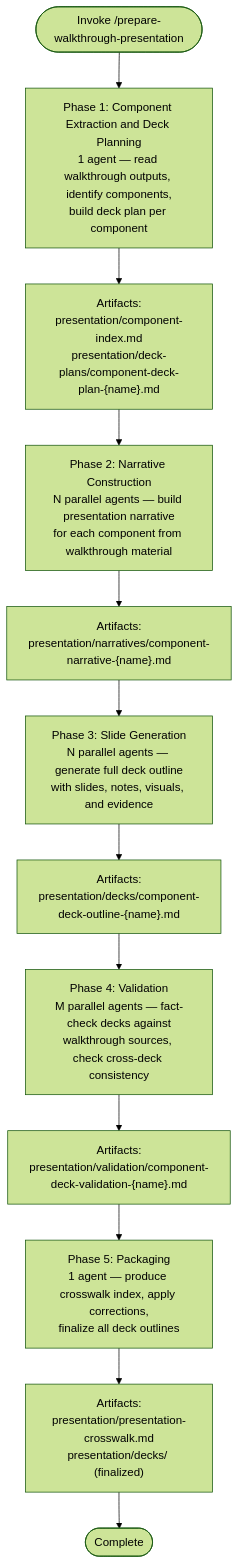
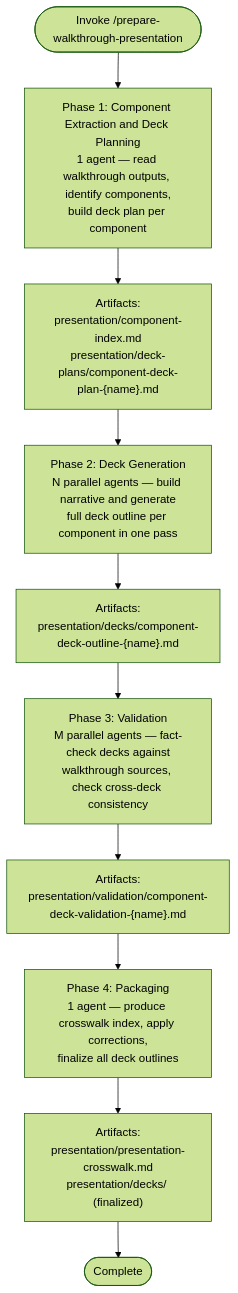
One commit to Jamie-BitFlight/claude_skills changed the diagram in .claude/skills/prepare-walkthrough-presentation/SKILL.md. Above: the diagram before and after it, drawn with Mermaid (forest theme). The commit also changed other lines of this file and 4 other files, not shown here.

First line of the commit message:
fix(skills): apply simplify review fixes to walkthrough skills

````diff
--- a/.claude/skills/prepare-walkthrough-presentation/SKILL.md
+++ b/.claude/skills/prepare-walkthrough-presentation/SKILL.md
@@ -17,14 +17,12 @@
 ```mermaid
 flowchart TD
     Start(["Invoke /prepare-walkthrough-presentation"]) --> P1
     P1["Phase 1: Component Extraction and Deck Planning<br>1 agent — read walkthrough outputs, identify components,<br>build deck plan per component"] --> P1Out
     P1Out["Artifacts:<br>presentation/component-index.md<br>presentation/deck-plans/component-deck-plan-{name}.md"] --> P2
-    P2["Phase 2: Narrative Construction<br>N parallel agents — build presentation narrative<br>for each component from walkthrough material"] --> P2Out
-    P2Out["Artifacts:<br>presentation/narratives/component-narrative-{name}.md"] --> P3
-    P3["Phase 3: Slide Generation<br>N parallel agents — generate full deck outline<br>with slides, notes, visuals, and evidence"] --> P3Out
-    P3Out["Artifacts:<br>presentation/decks/component-deck-outline-{name}.md"] --> P4
-    P4["Phase 4: Validation<br>M parallel agents — fact-check decks against<br>walkthrough sources, check cross-deck consistency"] --> P4Out
-    P4Out["Artifacts:<br>presentation/validation/component-deck-validation-{name}.md"] --> P5
-    P5["Phase 5: Packaging<br>1 agent — produce crosswalk index, apply corrections,<br>finalize all deck outlines"] --> P5Out
-    P5Out["Artifacts:<br>presentation/presentation-crosswalk.md<br>presentation/decks/ (finalized)"] --> Done(["Complete"])
+    P2["Phase 2: Deck Generation<br>N parallel agents — build narrative and generate<br>full deck outline per component in one pass"] --> P2Out
+    P2Out["Artifacts:<br>presentation/decks/component-deck-outline-{name}.md"] --> P3
+    P3["Phase 3: Validation<br>M parallel agents — fact-check decks against<br>walkthrough sources, check cross-deck consistency"] --> P3Out
+    P3Out["Artifacts:<br>presentation/validation/component-deck-validation-{name}.md"] --> P4
+    P4["Phase 4: Packaging<br>1 agent — produce crosswalk index, apply corrections,<br>finalize all deck outlines"] --> P4Out
+    P4Out["Artifacts:<br>presentation/presentation-crosswalk.md<br>presentation/decks/ (finalized)"] --> Done(["Complete"])
 ```
````
